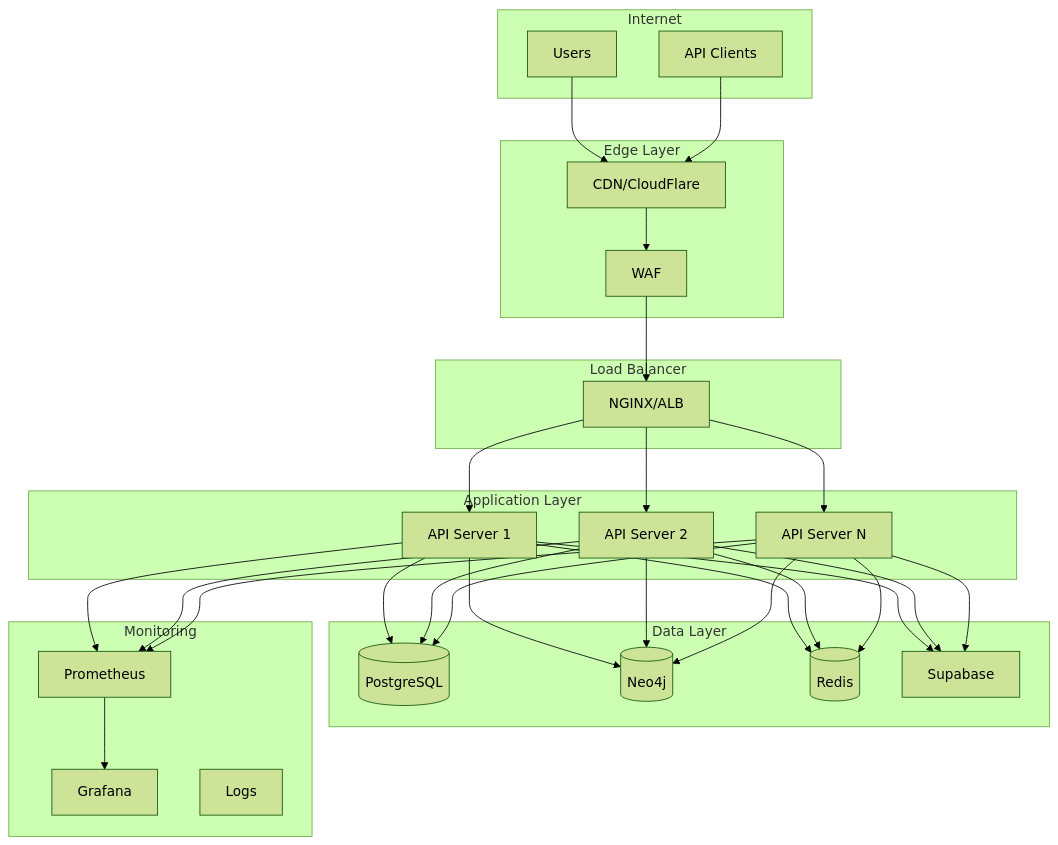
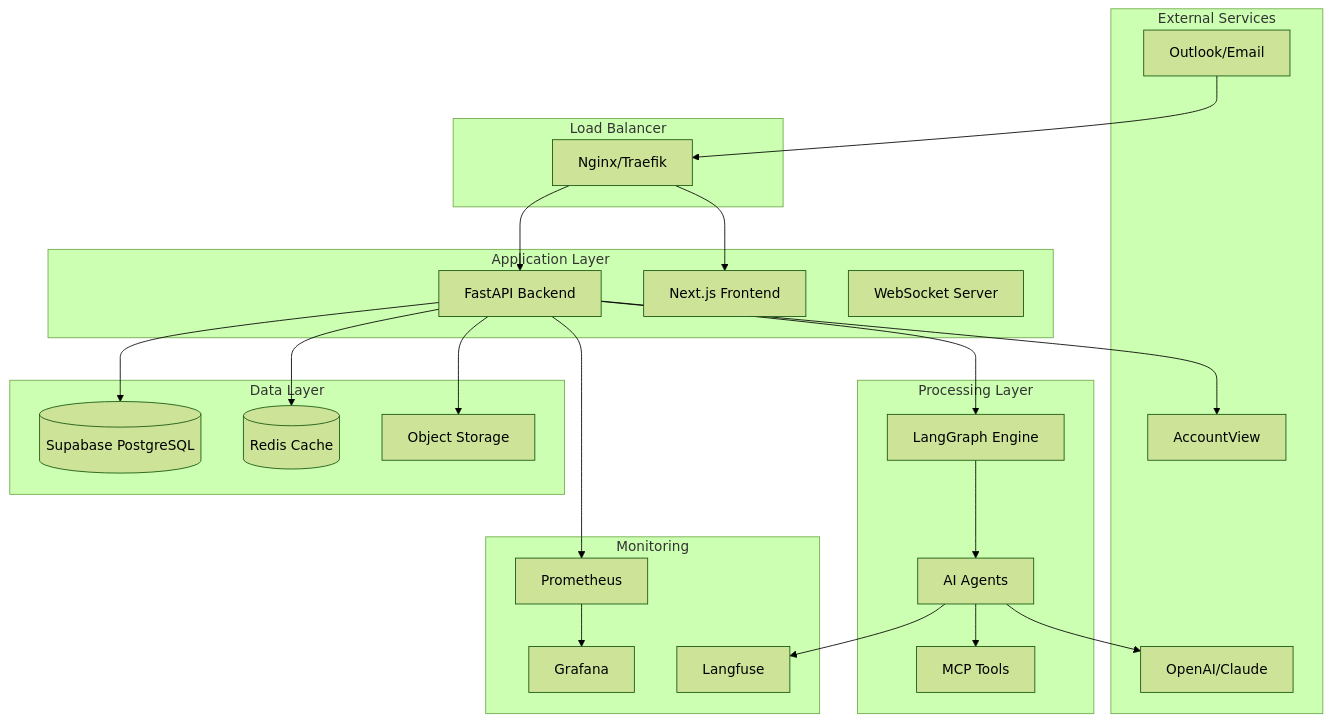
One commit to karlotimmerman/docs changed the diagram in docs/3wm-project/deployment/overview.mdx. Above: the diagram before and after it, drawn with Mermaid (forest theme). The commit also changed other lines of this file and 80 other files, not shown here.

````diff
--- a/docs/3wm-project/deployment/overview.mdx
+++ b/docs/3wm-project/deployment/overview.mdx
@@ -161,59 +78,51 @@
 ```mermaid
 graph TB
-    subgraph "Internet"
-        A[Users]
-        B[API Clients]
-    end
-    
-    subgraph "Edge Layer"
-        C[CDN/CloudFlare]
-        D[WAF]
+    subgraph "External Services"
+        O[Outlook/Email]
+        AI[OpenAI/Claude]
+        AV[AccountView]
     end
     
     subgraph "Load Balancer"
-        E[NGINX/ALB]
+        LB[Nginx/Traefik]
     end
     
     subgraph "Application Layer"
-        F[API Server 1]
-        G[API Server 2]
-        H[API Server N]
+        API[FastAPI Backend]
+        WEB[Next.js Frontend]
+        WS[WebSocket Server]
+    end
+    
+    subgraph "Processing Layer"
+        LG[LangGraph Engine]
+        AG[AI Agents]
+        MCP[MCP Tools]
     end
     
     subgraph "Data Layer"
-        I[(PostgreSQL)]
-        J[(Neo4j)]
-        K[(Redis)]
-        L[Supabase]
+        PG[(Supabase PostgreSQL)]
+        RD[(Redis Cache)]
+        S3[Object Storage]
     end
     
     subgraph "Monitoring"
-        M[Prometheus]
-        N[Grafana]
-        O[Logs]
+        PR[Prometheus]
+        GR[Grafana]
+        LF[Langfuse]
     end
     
-    A --> C
-    B --> C
-    C --> D
-    D --> E
-    E --> F
-    E --> G
-    E --> H
-    F --> I
-    F --> J
-    F --> K
-    F --> L
-    G --> I
-    G --> J
-    G --> K
-    G --> L
-    H --> I
-    H --> J
-    H --> K
-    H --> L
-    F --> M
-    G --> M
-    H --> M
-    M --> N
+    O --> LB
+    LB --> API
+    LB --> WEB
+    API --> LG
+    LG --> AG
+    AG --> MCP
+    API --> PG
+    API --> RD
+    API --> S3
+    AG --> AI
+    API --> AV
+    API --> PR
+    PR --> GR
+    AG --> LF
 ```
````
